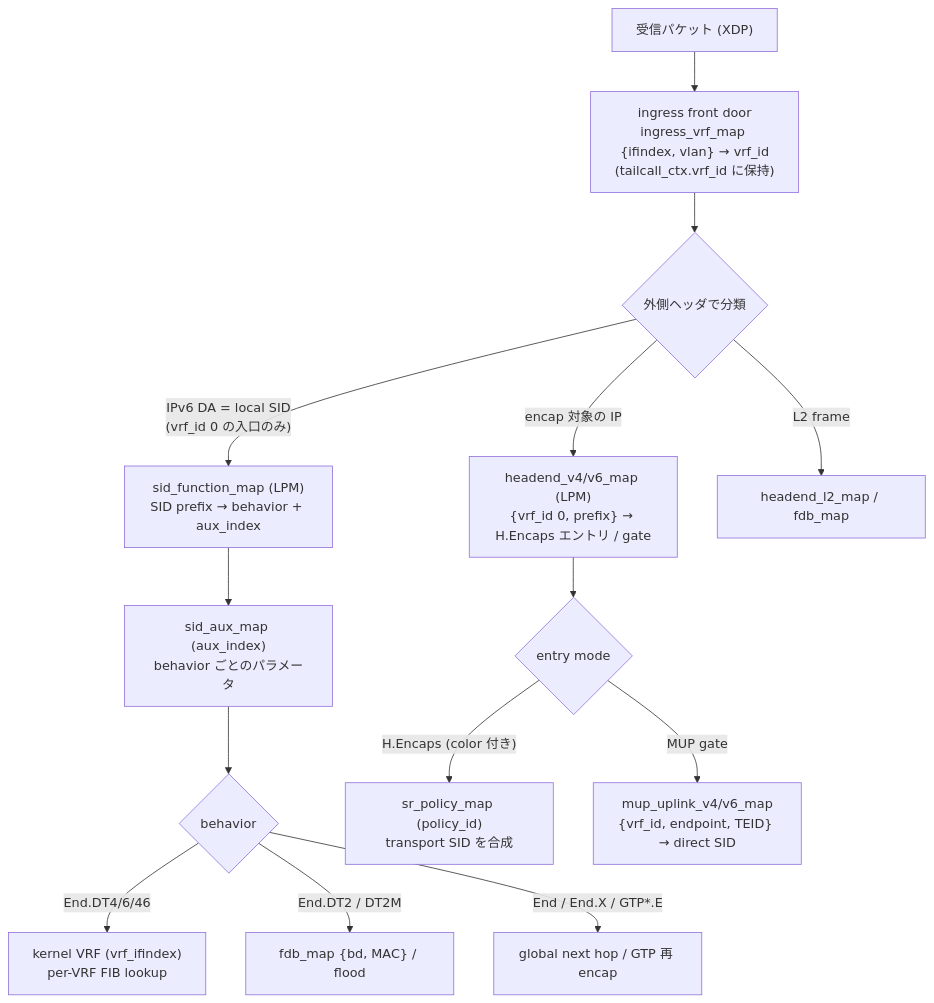
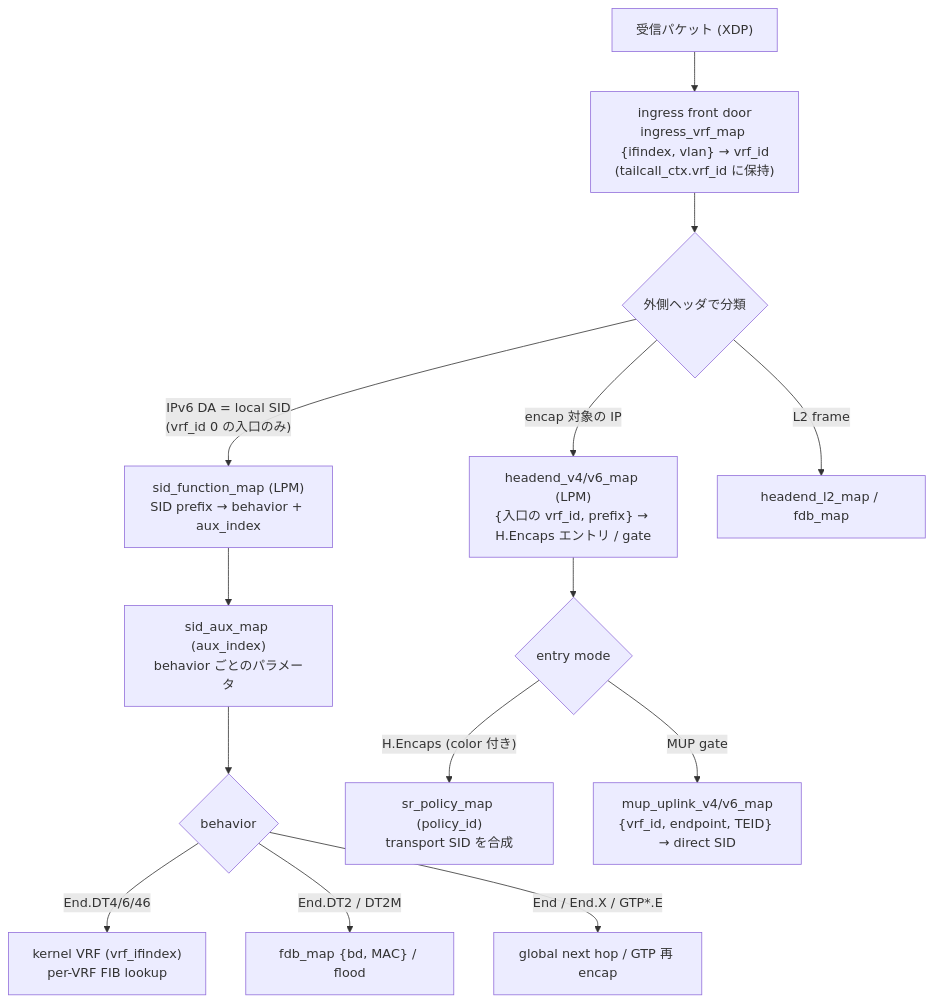
Before and after one commit to takehaya/Vinbero: the diagram in docs/design/ja/forwarding_model.md, drawn with Mermaid. The commit also changed other lines of this file and 82 other files, not shown here.

````diff
--- a/docs/design/ja/forwarding_model.md
+++ b/docs/design/ja/forwarding_model.md
@@ -17,21 +17,21 @@
 ```mermaid
 flowchart TD
     PKT["受信パケット (XDP)"]
     FD["ingress front door<br/>ingress_vrf_map {ifindex, vlan} → vrf_id<br/>(tailcall_ctx.vrf_id に保持)"]
     Q{"外側ヘッダで分類"}
     PKT --> FD
     FD --> Q
     Q -->|"IPv6 DA = local SID<br/>(vrf_id 0 の入口のみ)"| SIDT["sid_function_map (LPM)<br/>SID prefix → behavior + aux_index"]
-    Q -->|"encap 対象の IP"| HE["headend_v4/v6_map (LPM)<br/>{vrf_id 0, prefix} → H.Encaps エントリ / gate"]
+    Q -->|"encap 対象の IP"| HE["headend_v4/v6_map (LPM)<br/>{入口の vrf_id, prefix} → H.Encaps エントリ / gate"]
     Q -->|"L2 frame"| L2["headend_l2_map / fdb_map"]
 
     SIDT --> AUX["sid_aux_map (aux_index)<br/>behavior ごとのパラメータ"]
     AUX --> BHV{"behavior"}
     BHV -->|"End.DT4/6/46"| KVRF["kernel VRF (vrf_ifindex)<br/>per-VRF FIB lookup"]
     BHV -->|"End.DT2 / DT2M"| BD["fdb_map {bd, MAC} / flood"]
     BHV -->|"End / End.X / GTP*.E"| GLOB["global next hop / GTP 再 encap"]
 
     HE --> HEK{"entry mode"}
     HEK -->|"H.Encaps (color 付き)"| SRP["sr_policy_map (policy_id)<br/>transport SID を合成"]
     HEK -->|"MUP gate"| FTE["mup_uplink_v4/v6_map<br/>{vrf_id, endpoint, TEID} → direct SID"]
 ```
````
